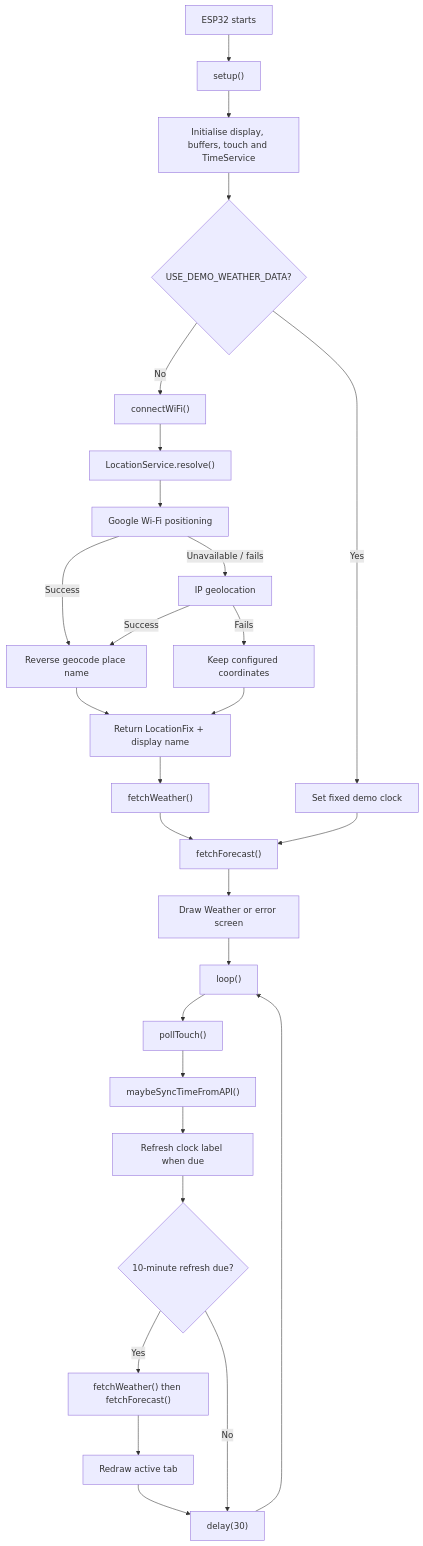
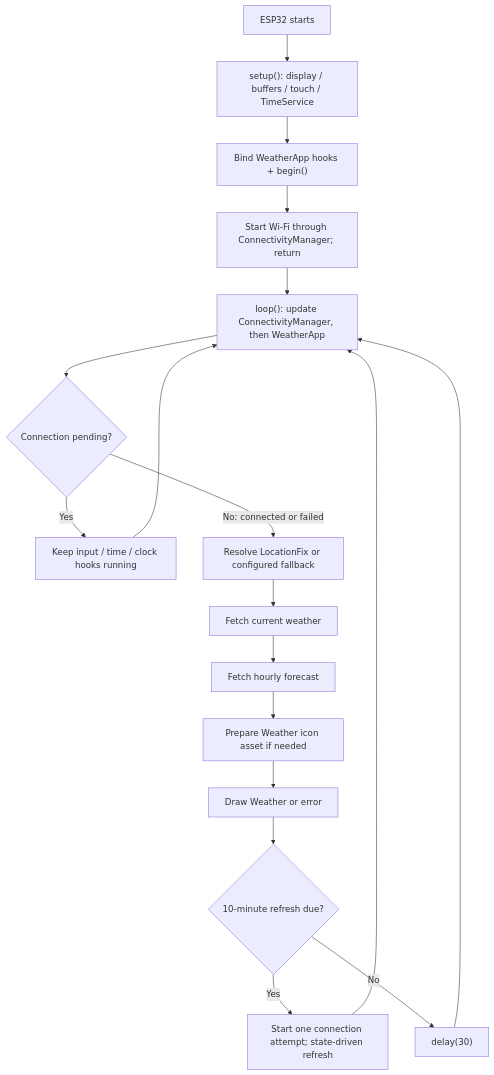
Before and after one commit to mdrmx/esp32-gadget: the first of 5 diagrams in docs/PHASE0_STEP2_RUNTIME_DATA_FLOW.md, drawn with Mermaid. The commit also changed other lines of this file, not shown here.

Commit message:
docs(phase2): update runtime map for state-driven startup

````diff
--- a/docs/PHASE0_STEP2_RUNTIME_DATA_FLOW.md
+++ b/docs/PHASE0_STEP2_RUNTIME_DATA_FLOW.md
@@ -48,30 +48,20 @@
 ```mermaid
 flowchart TD
-    A["ESP32 starts"] --> B["setup()"]
-    B --> C["Initialise display, buffers, touch and TimeService"]
-    C --> D{"USE_DEMO_WEATHER_DATA?"}
-    D -->|Yes| E["Set fixed demo clock"]
-    D -->|No| F["connectWiFi()"]
-    F --> G["LocationService.resolve()"]
-    G --> H["Google Wi-Fi positioning"]
-    H -->|Unavailable / fails| I["IP geolocation"]
-    H -->|Success| J["Reverse geocode place name"]
-    I -->|Success| J
-    I -->|Fails| K["Keep configured coordinates"]
-    J --> L["Return LocationFix + display name"]
-    K --> L
-    L --> M["fetchWeather()"]
-    M --> N["fetchForecast()"]
-    E --> N
-    N --> O["Draw Weather or error screen"]
-    O --> P["loop()"]
-    P --> Q["pollTouch()"]
-    Q --> R["maybeSyncTimeFromAPI()"]
-    R --> S["Refresh clock label when due"]
-    S --> T{"10-minute refresh due?"}
-    T -->|Yes| U["fetchWeather() then fetchForecast()"]
-    U --> V["Redraw active tab"]
-    V --> W["delay(30)"]
-    T -->|No| W
-    W --> P
+    A["ESP32 starts"] --> B["setup(): display / buffers / touch / TimeService"]
+    B --> C["Bind WeatherApp hooks + begin()"]
+    C --> D["Start Wi-Fi through ConnectivityManager; return"]
+    D --> E["loop(): update ConnectivityManager, then WeatherApp"]
+    E --> F{"Connection pending?"}
+    F -->|Yes| G["Keep input / time / clock hooks running"]
+    G --> E
+    F -->|No: connected or failed| H["Resolve LocationFix or configured fallback"]
+    H --> I["Fetch current weather"]
+    I --> J["Fetch hourly forecast"]
+    J --> K["Prepare Weather icon asset if needed"]
+    K --> L["Draw Weather or error"]
+    L --> M{"10-minute refresh due?"}
+    M -->|Yes| N["Start one connection attempt; state-driven refresh"]
+    N --> E
+    M -->|No| O["delay(30)"]
+    O --> E
 ```
````
